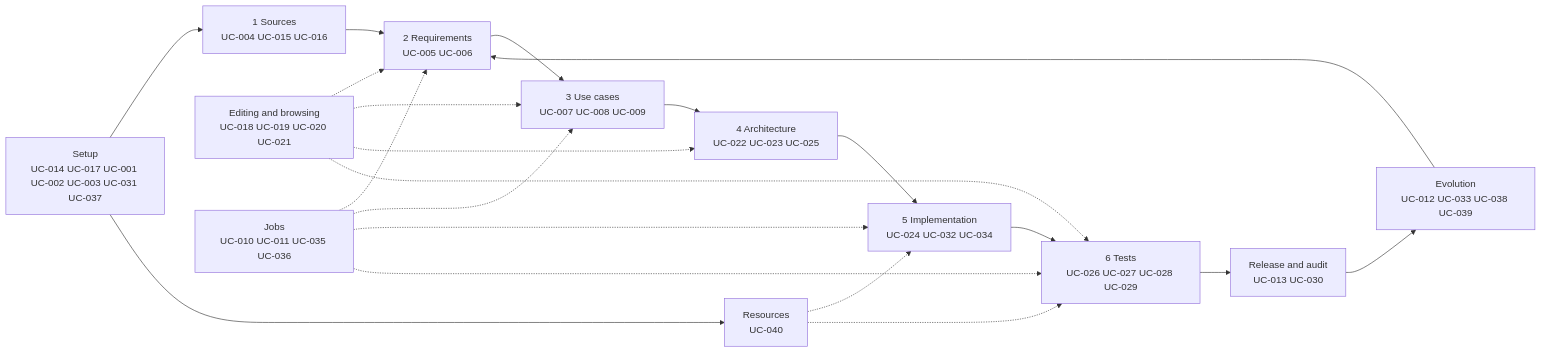
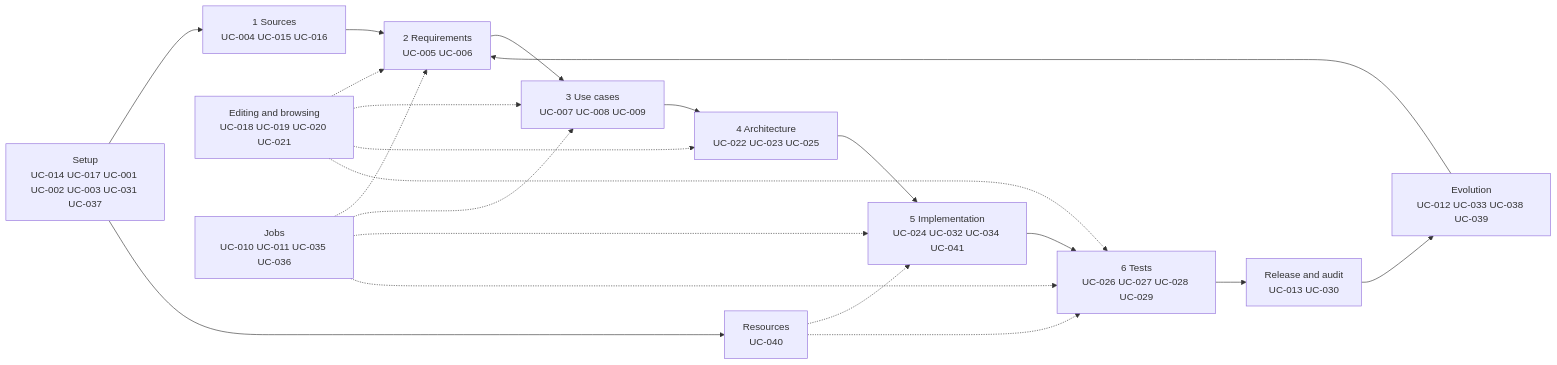
One commit to akmaier/agent-m changed the diagram in docs/use-cases/README.md. Above: the diagram before and after it, drawn with Mermaid. The commit also changed other lines of this file and 22 other files, not shown here.

````diff
--- a/docs/use-cases/README.md
+++ b/docs/use-cases/README.md
@@ -110,16 +111,16 @@
 ```mermaid
 flowchart LR
     S[Setup<br/>UC-014 UC-017 UC-001 UC-002 UC-003 UC-031 UC-037] --> Q[1 Sources<br/>UC-004 UC-015 UC-016]
     S --> RES[Resources<br/>UC-040]
     Q --> R[2 Requirements<br/>UC-005 UC-006]
     R --> U[3 Use cases<br/>UC-007 UC-008 UC-009]
     U --> A[4 Architecture<br/>UC-022 UC-023 UC-025]
-    A --> I[5 Implementation<br/>UC-024 UC-032 UC-034]
+    A --> I[5 Implementation<br/>UC-024 UC-032 UC-034 UC-041]
     I --> T[6 Tests<br/>UC-026 UC-027 UC-028 UC-029]
     T --> REL[Release and audit<br/>UC-013 UC-030]
     REL --> E[Evolution<br/>UC-012 UC-033 UC-038 UC-039]
     E --> R
     ED[Editing and browsing<br/>UC-018 UC-019 UC-020 UC-021] -.-> R & U & A & T
     J[Jobs<br/>UC-010 UC-011 UC-035 UC-036] -.-> R & U & I & T
     RES -.-> I & T
 ```
````
